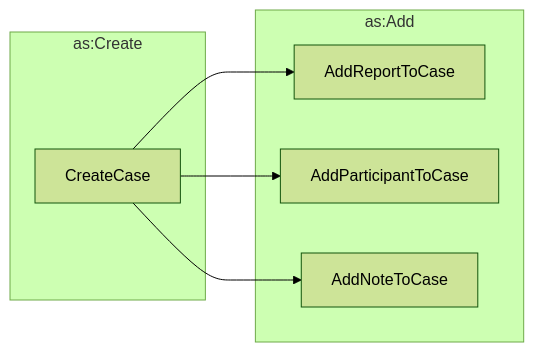
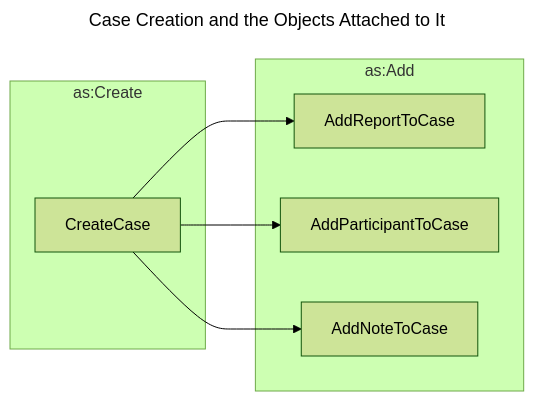
One commit to CERTCC/Vultron changed the diagram in docs/howto/activitypub/activities/initialize_case.md. Above: the diagram before and after it, drawn with Mermaid (forest theme). The commit also changed 20 other files, not shown here.

````diff
--- a/docs/howto/activitypub/activities/initialize_case.md
+++ b/docs/howto/activitypub/activities/initialize_case.md
@@ -28,14 +28,17 @@
 ```mermaid
+---
+title: Case Creation and the Objects Attached to It
+---
 flowchart LR
     subgraph as:Create
         CreateCase
     end
     subgraph as:Add
         AddReportToCase
         AddParticipantToCase
         AddNoteToCase
     end
     CreateCase --> AddReportToCase
     CreateCase --> AddParticipantToCase
     CreateCase --> AddNoteToCase
 ```
````
